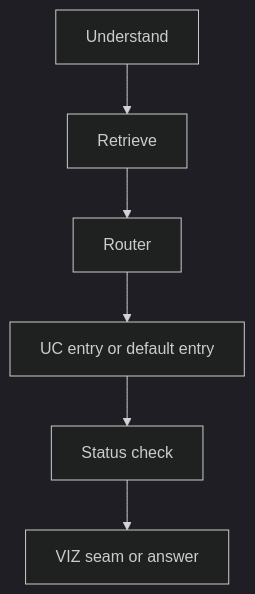
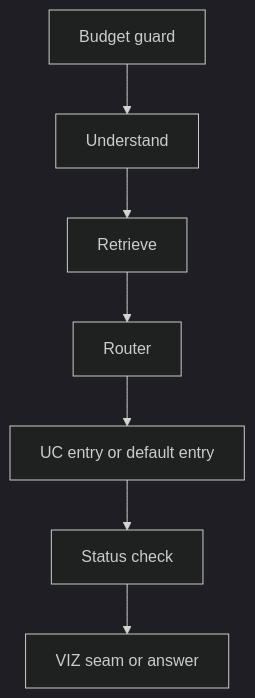
Before and after one commit to NDTruongDanh/SE373-Analytics-Agent: the diagram in openwiki/agent/workflow-architecture.md, drawn with Mermaid (dark theme). The commit also changed other lines of this file and 24 other files, not shown here.

````diff
--- a/openwiki/agent/workflow-architecture.md
+++ b/openwiki/agent/workflow-architecture.md
@@ -116,4 +125,4 @@
 ```mermaid
 flowchart TD
-  A["Understand"] --> B["Retrieve"] --> C["Router"] --> D["UC entry or default entry"] --> E["Status check"] --> F["VIZ seam or answer"]
+  A["Budget guard"] --> B["Understand"] --> C["Retrieve"] --> D["Router"] --> E["UC entry or default entry"] --> F["Status check"] --> G["VIZ seam or answer"]
 ```
````
